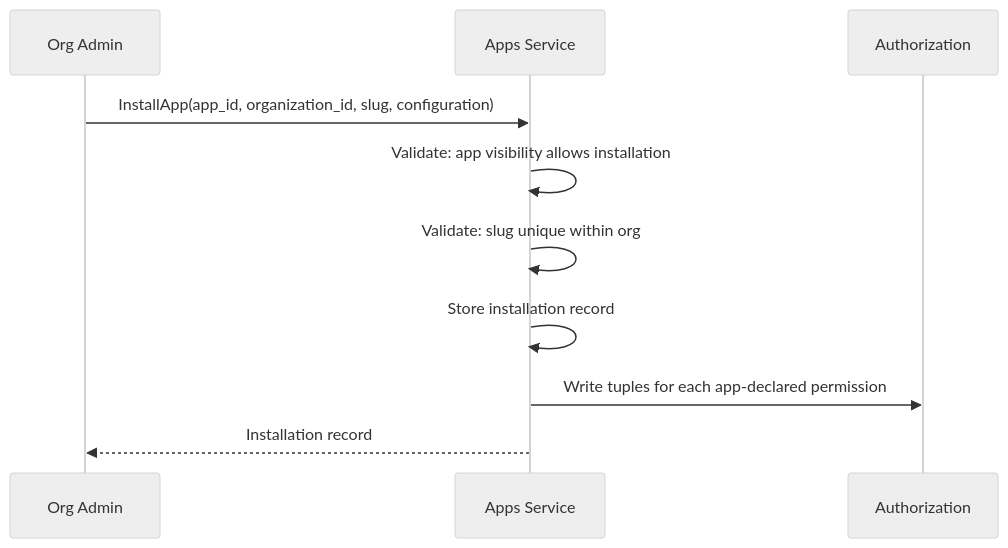
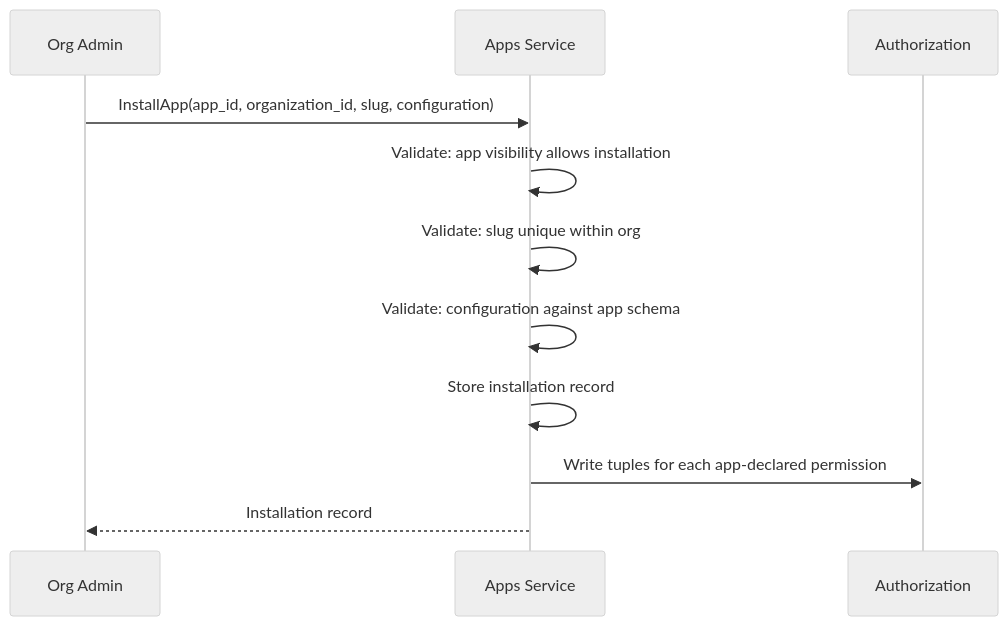
One commit to agynio/architecture changed the second of 3 diagrams in architecture/apps-service.md. Above: the diagram before and after it, drawn with Mermaid (neutral theme). The commit also changed other lines of this file and 8 other files, not shown here.

Commit message:
App configuration shema

````diff
--- a/architecture/apps-service.md
+++ b/architecture/apps-service.md
@@ -98,13 +129,14 @@
 ```mermaid
 sequenceDiagram
     participant Admin as Org Admin
     participant AS as Apps Service
     participant Auth as Authorization
 
     Admin->>AS: InstallApp(app_id, organization_id, slug, configuration)
     AS->>AS: Validate: app visibility allows installation
     AS->>AS: Validate: slug unique within org
+    AS->>AS: Validate: configuration against app schema
     AS->>AS: Store installation record
     AS->>Auth: Write tuples for each app-declared permission
     AS-->>Admin: Installation record
 ```
````
